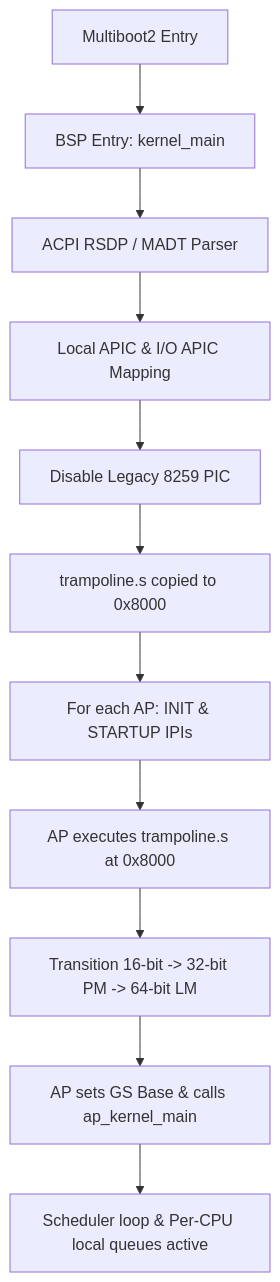
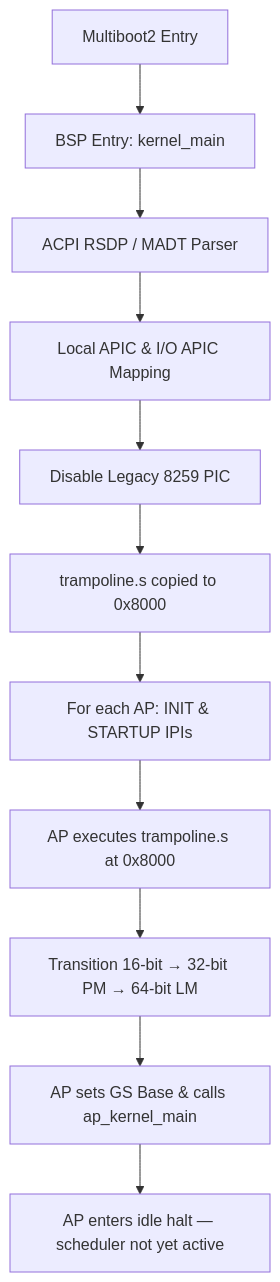
Before and after one commit to rancidavi-dotcom/LiwusOS: the diagram in README.md, drawn with Mermaid. The commit also changed other lines of this file and 8 other files, not shown here.

````diff
--- a/README.md
+++ b/README.md
@@ -282,13 +666,13 @@
 ```mermaid
 graph TD
     A[Multiboot2 Entry] --> B[BSP Entry: kernel_main]
     B --> C[ACPI RSDP / MADT Parser]
     C --> D[Local APIC & I/O APIC Mapping]
     D --> E[Disable Legacy 8259 PIC]
     E --> F[trampoline.s copied to 0x8000]
     F --> G[For each AP: INIT & STARTUP IPIs]
     G --> H[AP executes trampoline.s at 0x8000]
-    H --> I[Transition 16-bit -> 32-bit PM -> 64-bit LM]
+    H --> I[Transition 16-bit → 32-bit PM → 64-bit LM]
     I --> J[AP sets GS Base & calls ap_kernel_main]
-    J --> K[Scheduler loop & Per-CPU local queues active]
+    J --> K[AP enters idle halt — scheduler not yet active]
 ```
````
